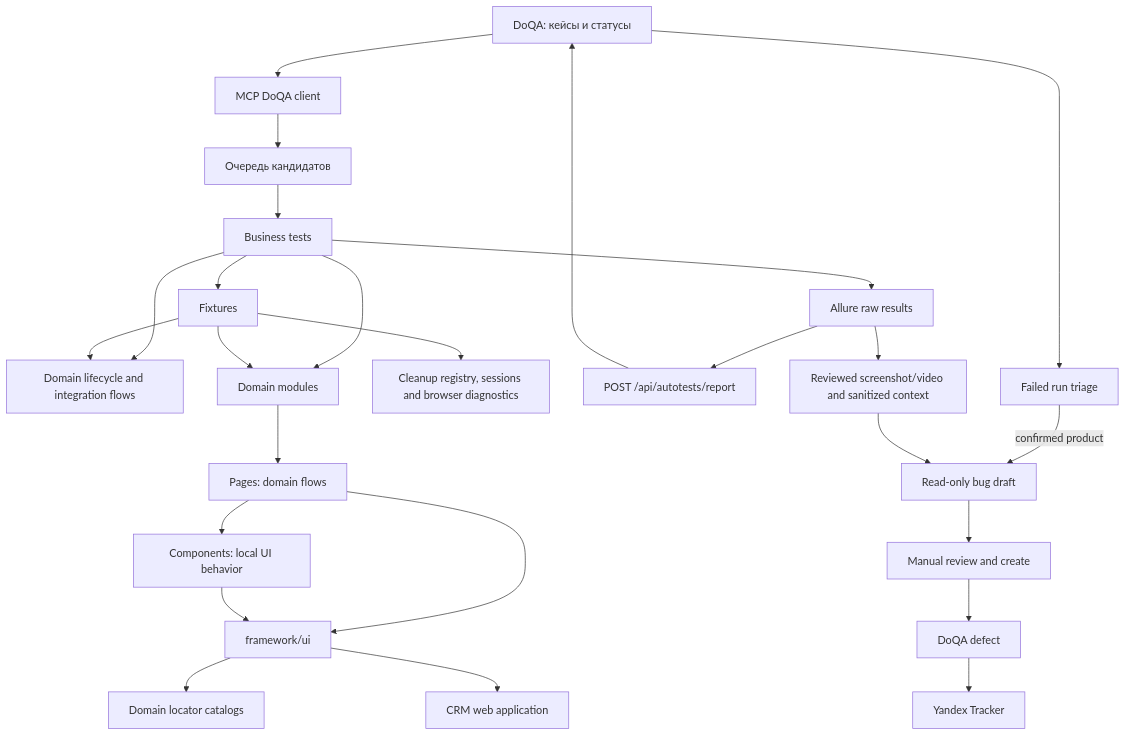
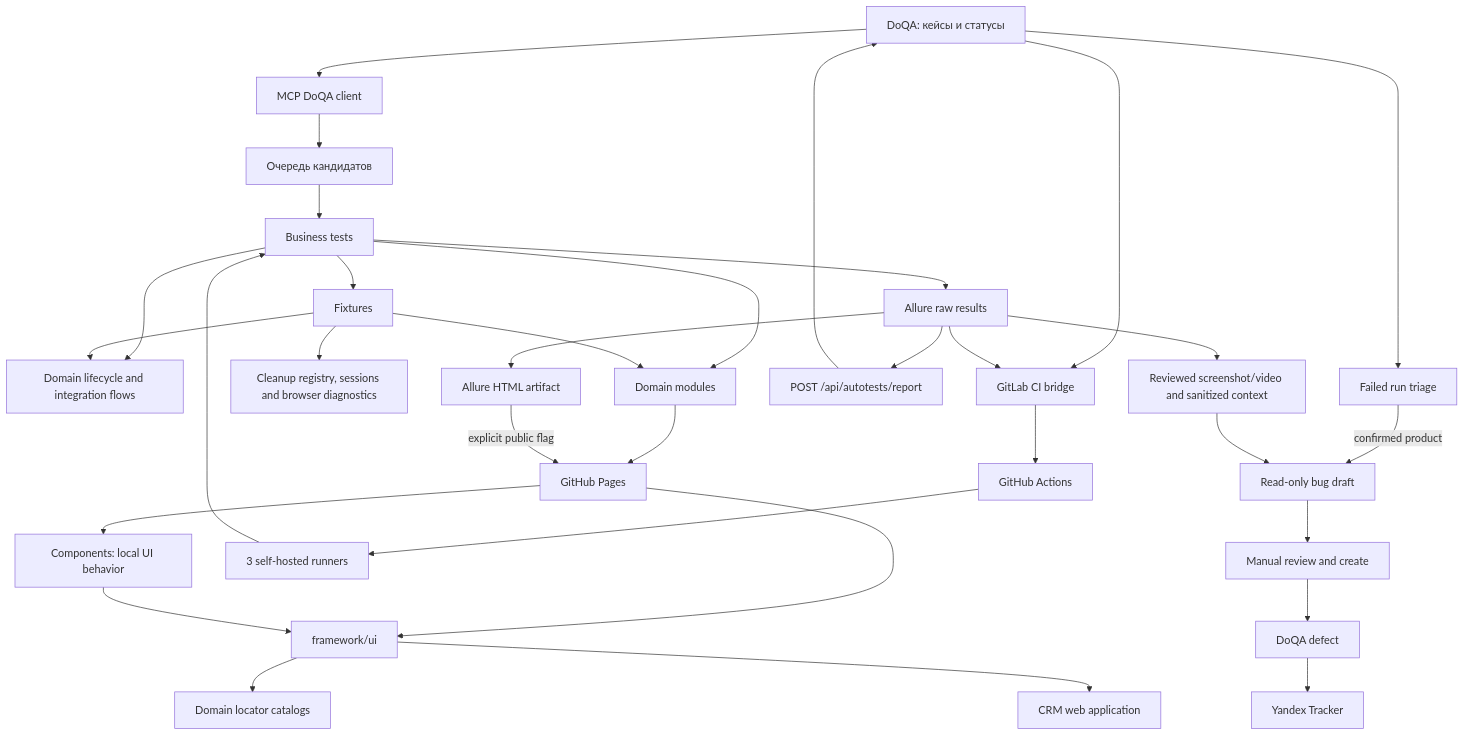
Before and after one commit to BBBtp/AezakmiGroup-Tests: the diagram in docs/ARCHITECTURE.md, drawn with Mermaid. The commit also changed 12 other files, not shown here.

Commit message:
ci: add sharded Allure regression bridge

````diff
--- a/docs/ARCHITECTURE.md
+++ b/docs/ARCHITECTURE.md
@@ -9,28 +9,35 @@
 ```mermaid
 flowchart TD
   DoQA[DoQA: кейсы и статусы] --> MCP[MCP DoQA client]
   MCP --> Queue[Очередь кандидатов]
   Queue --> Tests[Business tests]
   Tests --> Fixtures[Fixtures]
   Tests --> Support[Domain lifecycle and integration flows]
   Tests --> Modules[Domain modules]
   Fixtures --> Modules
   Fixtures --> Support
   Modules --> Pages[Pages: domain flows]
   Pages --> Components[Components: local UI behavior]
   Pages --> UI[framework/ui]
   Components --> UI
   UI --> Locators[Domain locator catalogs]
   UI --> CRM[CRM web application]
   Fixtures --> Lifecycle[Cleanup registry, sessions and browser diagnostics]
   Tests --> Allure[Allure raw results]
+  DoQA --> GitLabBridge[GitLab CI bridge]
+  GitLabBridge --> GitHub[GitHub Actions]
+  GitHub --> Runners[3 self-hosted runners]
+  Runners --> Tests
+  Allure --> Html[Allure HTML artifact]
+  Html -->|explicit public flag| Pages[GitHub Pages]
+  Allure --> GitLabBridge
   Allure --> Upload[POST /api/autotests/report]
   Upload --> DoQA
   DoQA --> Triage[Failed run triage]
   Triage -->|confirmed product| Draft[Read-only bug draft]
   Allure --> Evidence[Reviewed screenshot/video and sanitized context]
   Evidence --> Draft
   Draft --> Manual[Manual review and create]
   Manual --> Defect[DoQA defect]
   Defect --> Tracker[Yandex Tracker]
 ```
````
